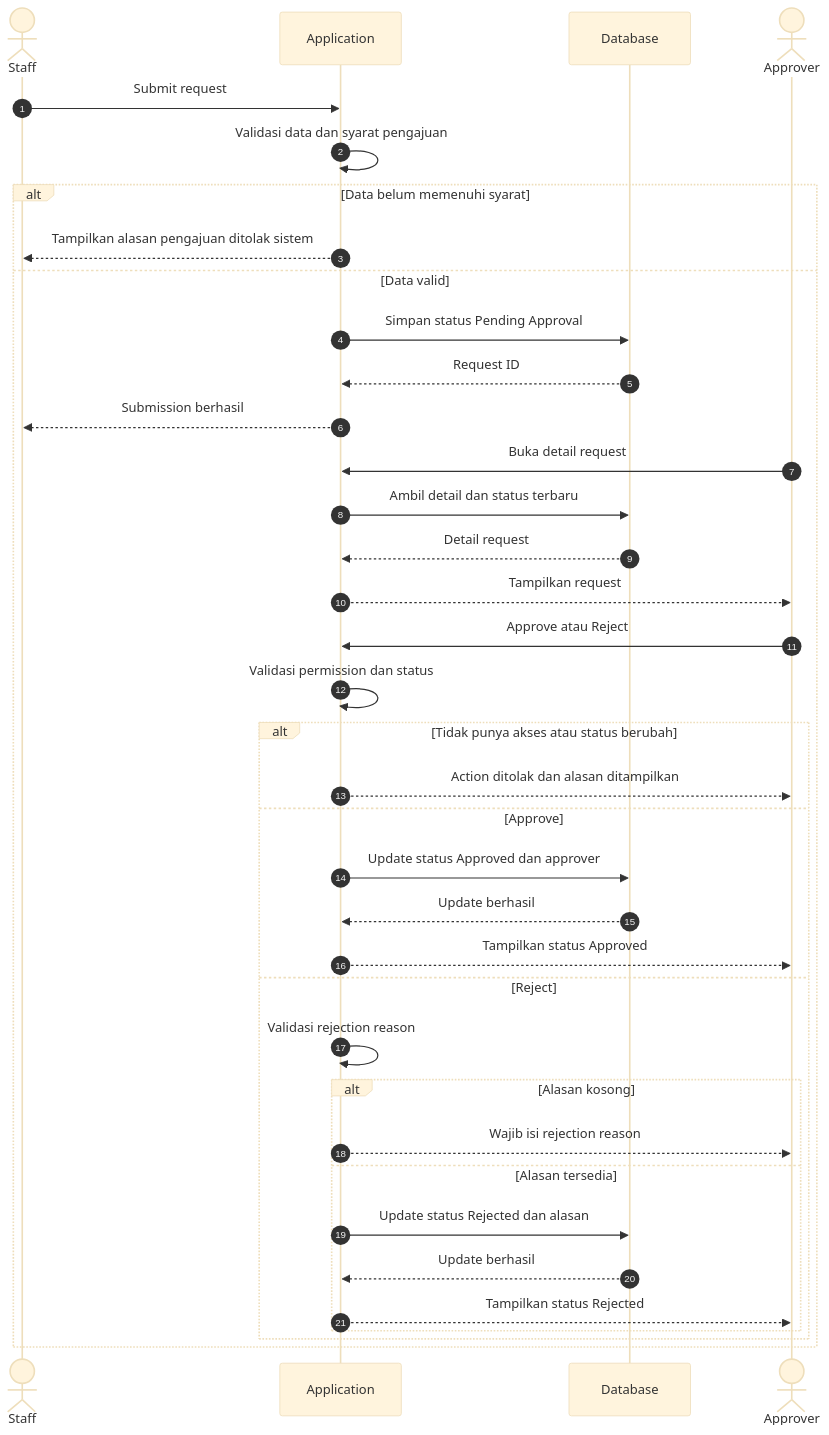
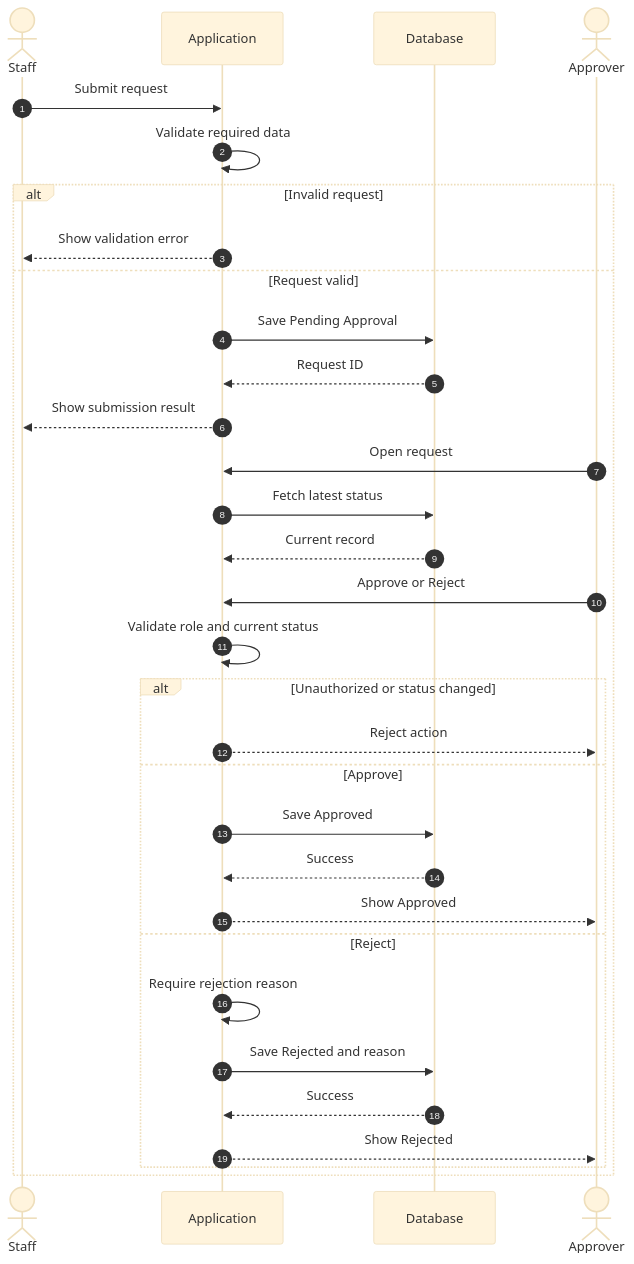
One commit to Ducklazy231/system-analysis-skill changed the second of 3 diagrams in docs/sequence-diagrams.md. Above: the diagram before and after it, drawn with Mermaid (base theme). The commit also changed other lines of this file, not shown here.

Commit message:
docs: rewrite docs/sequence-diagrams.md with English-first guidance

````diff
--- a/docs/sequence-diagrams.md
+++ b/docs/sequence-diagrams.md
@@ -97,40 +60,34 @@
 ```mermaid
 sequenceDiagram
     autonumber
-    actor Staff as Staff
+    actor Staff
     participant App as Application
     participant DB as Database
-    actor Appr as Approver
-
+    actor Approver
     Staff->>App: Submit request
-    App->>App: Validasi data dan syarat pengajuan
-    alt Data belum memenuhi syarat
-        App-->>Staff: Tampilkan alasan pengajuan ditolak sistem
-    else Data valid
-        App->>DB: Simpan status Pending Approval
+    App->>App: Validate required data
+    alt Invalid request
+        App-->>Staff: Show validation error
+    else Request valid
+        App->>DB: Save Pending Approval
         DB-->>App: Request ID
-        App-->>Staff: Submission berhasil
-        Appr->>App: Buka detail request
-        App->>DB: Ambil detail dan status terbaru
-        DB-->>App: Detail request
-        App-->>Appr: Tampilkan request
-        Appr->>App: Approve atau Reject
-        App->>App: Validasi permission dan status
-        alt Tidak punya akses atau status berubah
-            App-->>Appr: Action ditolak dan alasan ditampilkan
+        App-->>Staff: Show submission result
+        Approver->>App: Open request
+        App->>DB: Fetch latest status
+        DB-->>App: Current record
+        Approver->>App: Approve or Reject
+        App->>App: Validate role and current status
+        alt Unauthorized or status changed
+            App-->>Approver: Reject action
         else Approve
-            App->>DB: Update status Approved dan approver
-            DB-->>App: Update berhasil
-            App-->>Appr: Tampilkan status Approved
+            App->>DB: Save Approved
+            DB-->>App: Success
+            App-->>Approver: Show Approved
         else Reject
-            App->>App: Validasi rejection reason
-            alt Alasan kosong
-                App-->>Appr: Wajib isi rejection reason
-            else Alasan tersedia
-                App->>DB: Update status Rejected dan alasan
-                DB-->>App: Update berhasil
-                App-->>Appr: Tampilkan status Rejected
-            end
+            App->>App: Require rejection reason
+            App->>DB: Save Rejected and reason
+            DB-->>App: Success
+            App-->>Approver: Show Rejected
         end
     end
 ```
````
